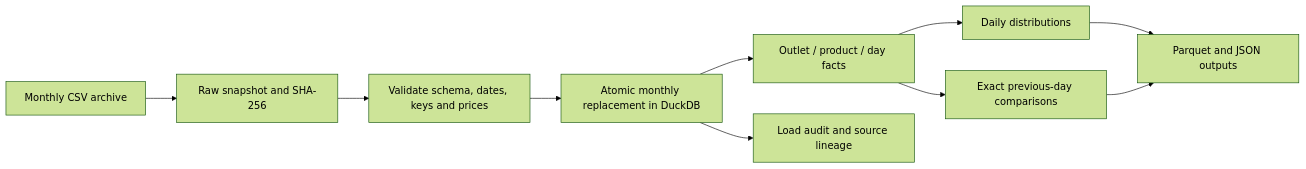
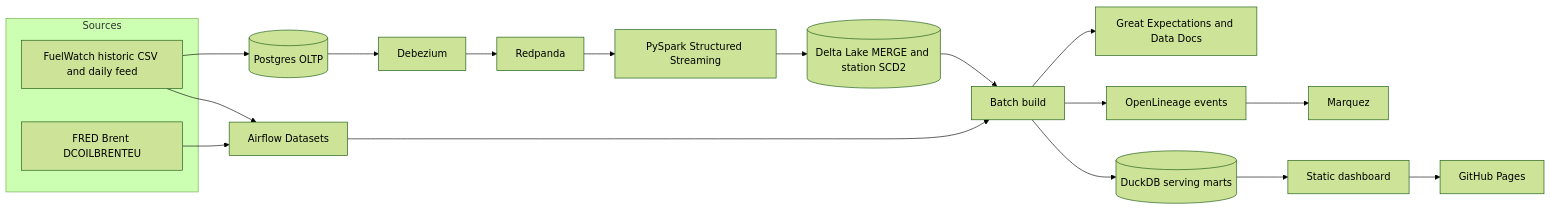
Before and after one commit to LuciferDataEngineer/fuel-shock-radar: the diagram in README.md, drawn with Mermaid (forest theme). The commit also changed other lines of this file and 45 other files, not shown here.

First line of the commit message:
Fuel Shock Radar: CDC lakehouse and fuel price dashboard (#1)

````diff
--- a/README.md
+++ b/README.md
@@ -31,12 +36,24 @@
 ```mermaid
 flowchart LR
-    A[Monthly CSV archive] --> B[Raw snapshot and SHA-256]
-    B --> C[Validate schema, dates, keys and prices]
-    C --> D[Atomic monthly replacement in DuckDB]
-    D --> F[Outlet / product / day facts]
-    F --> G[Daily distributions]
-    F --> H[Exact previous-day comparisons]
-    G --> I[Parquet and JSON outputs]
-    H --> I
-    D --> J[Load audit and source lineage]
+  subgraph sources [Sources]
+    FW[FuelWatch historic CSV and daily feed]
+    FRED[FRED Brent DCOILBRENTEU]
+  end
+
+  FW --> PG[(Postgres OLTP)]
+  PG --> DBZ[Debezium]
+  DBZ --> RP[Redpanda]
+  RP --> SP[PySpark Structured Streaming]
+  SP --> DL[(Delta Lake MERGE and station SCD2)]
+
+  FW --> AF[Airflow Datasets]
+  FRED --> AF
+  AF --> BAT[Batch build]
+  DL --> BAT
+  BAT --> GX[Great Expectations and Data Docs]
+  BAT --> OL[OpenLineage events]
+  OL --> MQ[Marquez]
+  BAT --> DK[(DuckDB serving marts)]
+  DK --> SITE[Static dashboard]
+  SITE --> PAGES[GitHub Pages]
 ```
````
